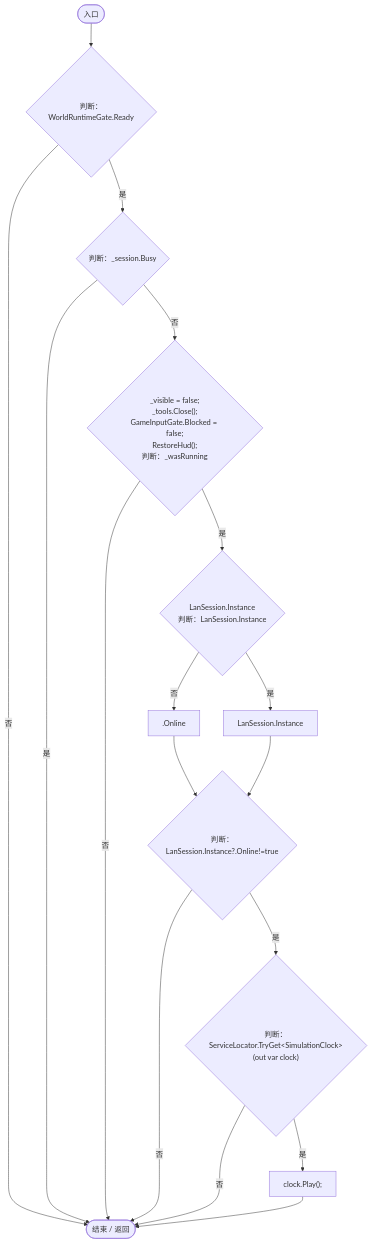
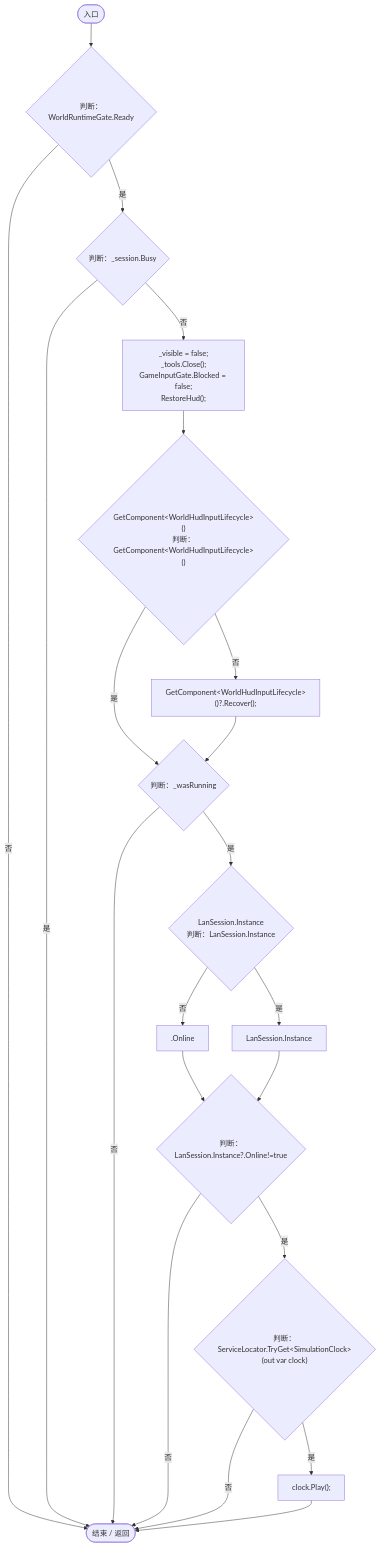
Diagram 13 of 36 in Docs/运行流程图/脚本/a1f1791f9e7a8035.md (xhs6666/Darwin_paradise), drawn with Mermaid before and after one commit. The commit also changed other lines of this file and 48 other files, not shown here.

Commit message:
fix: restore HUD input and callbacks after loading worlds

````diff
--- a/Docs/运行流程图/脚本/a1f1791f9e7a8035.md
+++ b/Docs/运行流程图/脚本/a1f1791f9e7a8035.md
@@ -488,31 +545,38 @@
 ```mermaid
 flowchart TD
   b0(["入口"])
   b1{"判断：WorldRuntimeGate.Ready"}
   b2{"判断：_session.Busy"}
-  b3{"_visible = false;<br/>_tools.Close();<br/>GameInputGate.Blocked = false;<br/>RestoreHud();<br/>判断：_wasRunning"}
-  b4{"LanSession.Instance<br/>判断：LanSession.Instance"}
-  b5[".Online"]
-  b6["LanSession.Instance"]
-  b7{"判断：LanSession.Instance?.Online!=true"}
-  b8{"判断：ServiceLocator.TryGet&lt;SimulationClock&gt;(out var clock)"}
-  b9["clock.Play();"]
-  b10(["结束 / 返回"])
+  b3["_visible = false;<br/>_tools.Close();<br/>GameInputGate.Blocked = false;<br/>RestoreHud();"]
+  b4{"GetComponent&lt;WorldHudInputLifecycle&gt;()<br/>判断：GetComponent&lt;WorldHudInputLifecycle&gt;()"}
+  b5["GetComponent&lt;WorldHudInputLifecycle&gt;()?.Recover();"]
+  b6{"判断：_wasRunning"}
+  b7{"LanSession.Instance<br/>判断：LanSession.Instance"}
+  b8[".Online"]
+  b9["LanSession.Instance"]
+  b10{"判断：LanSession.Instance?.Online!=true"}
+  b11{"判断：ServiceLocator.TryGet&lt;SimulationClock&gt;(out var clock)"}
+  b12["clock.Play();"]
+  b13(["结束 / 返回"])
   b0 --> b1
   b1 -->|"是"| b2
-  b1 -->|"否"| b10
-  b2 -->|"是"| b10
+  b1 -->|"否"| b13
+  b2 -->|"是"| b13
   b2 -->|"否"| b3
-  b3 -->|"是"| b4
-  b3 -->|"否"| b10
+  b3 --> b4
   b4 -->|"否"| b5
   b4 -->|"是"| b6
-  b5 --> b7
-  b6 --> b7
-  b7 -->|"是"| b8
-  b7 -->|"否"| b10
-  b8 -->|"是"| b9
-  b8 -->|"否"| b10
+  b5 --> b6
+  b6 -->|"是"| b7
+  b6 -->|"否"| b13
+  b7 -->|"否"| b8
+  b7 -->|"是"| b9
+  b8 --> b10
   b9 --> b10
+  b10 -->|"是"| b11
+  b10 -->|"否"| b13
+  b11 -->|"是"| b12
+  b11 -->|"否"| b13
+  b12 --> b13
 
 ```
````
